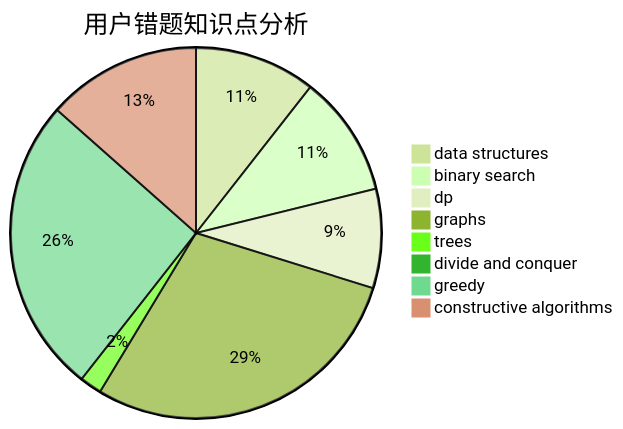
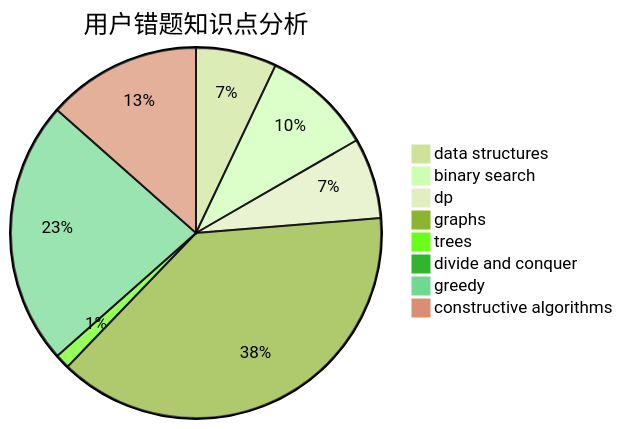
Before and after one commit to sherpahu/cfrs.github.io: the third of 3 diagrams in docs/user/u2716.md, drawn with Mermaid (forest theme). The commit also changed other lines of this file and 2770 other files, not shown here.

````diff
--- a/docs/user/u2716.md
+++ b/docs/user/u2716.md
@@ -36,11 +36,11 @@
 ```mermaid
 pie title 用户错题知识点分析
     "data structures" :  11
-    "binary search" :  11
-    "dp" :  9
-    "graphs" :  30
+    "binary search" :  15
+    "dp" :  11
+    "graphs" :  60
     "trees" :  2
     "divide and conquer" :  0
-    "greedy" :  27
-    "constructive algorithms" :  14
+    "greedy" :  36
+    "constructive algorithms" :  21
 ```
````
